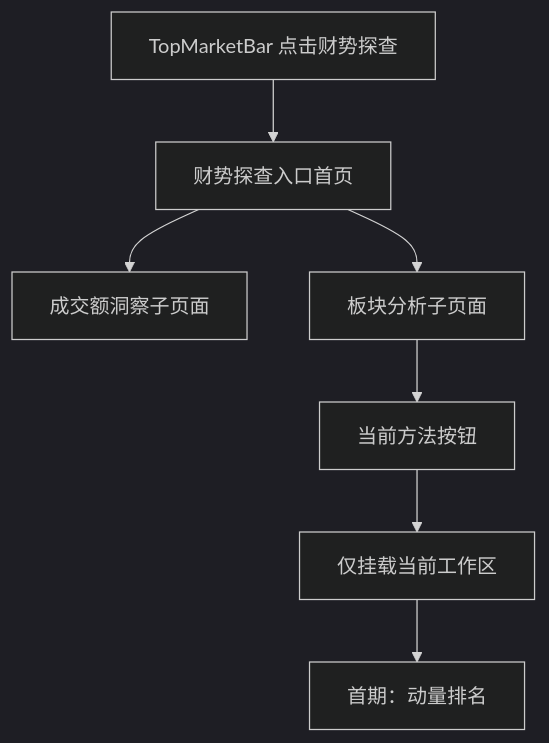
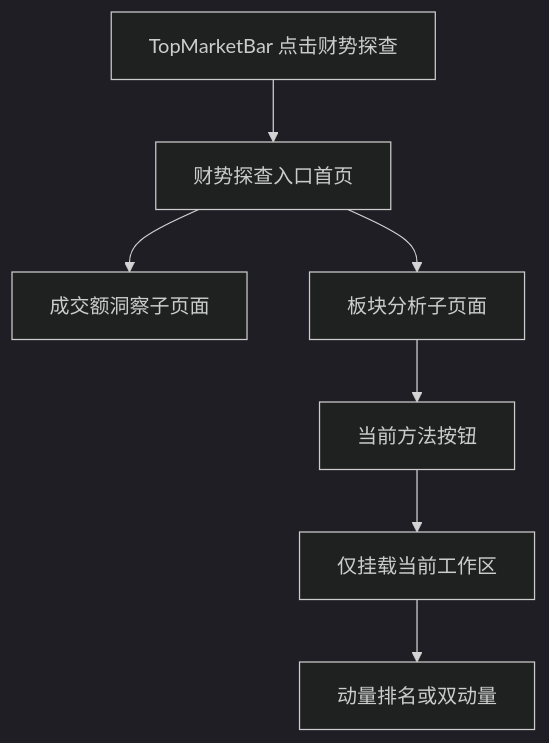
Before and after one commit to chiuser/goldenshare: the first of 2 diagrams in wealth/docs/pages/wealth-exploration/sector-analysis-implementation-design-v1.md, drawn with Mermaid (dark theme). The commit also changed other lines of this file and 3 other files, not shown here.

````diff
--- a/wealth/docs/pages/wealth-exploration/sector-analysis-implementation-design-v1.md
+++ b/wealth/docs/pages/wealth-exploration/sector-analysis-implementation-design-v1.md
@@ -200,9 +239,9 @@
 ```mermaid
 flowchart TD
   A["TopMarketBar 点击财势探查"] --> B["财势探查入口首页"]
   B --> C["成交额洞察子页面"]
   B --> D["板块分析子页面"]
   D --> E["当前方法按钮"]
   E --> F["仅挂载当前工作区"]
-  F --> G["首期：动量排名"]
+  F --> G["动量排名或双动量"]
 ```
````
